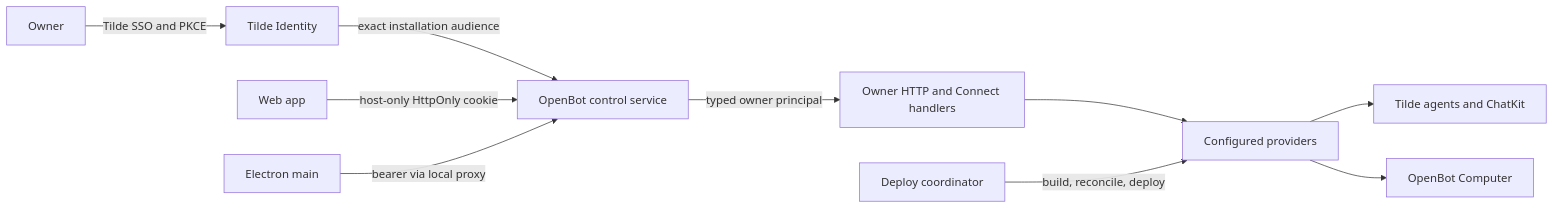
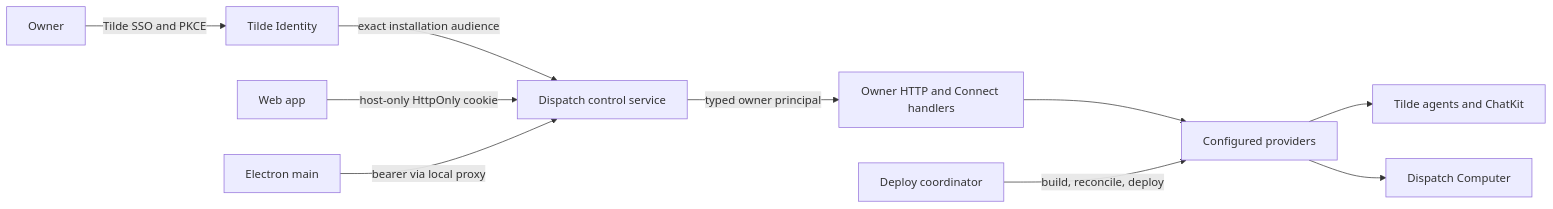
One commit to trytilde/dispatch changed the diagram in docs/updates/42.md. Above: the diagram before and after it, drawn with Mermaid. The commit also changed other lines of this file and 668 other files, not shown here.

````diff
--- a/docs/updates/42.md
+++ b/docs/updates/42.md
@@ -10,12 +10,12 @@
 ```mermaid
 flowchart LR
   O["Owner"] -->|"Tilde SSO and PKCE"| I["Tilde Identity"]
-  I -->|"exact installation audience"| C["OpenBot control service"]
+  I -->|"exact installation audience"| C["Dispatch control service"]
   W["Web app"] -->|"host-only HttpOnly cookie"| C
   E["Electron main"] -->|"bearer via local proxy"| C
   C -->|"typed owner principal"| H["Owner HTTP and Connect handlers"]
   H --> P["Configured providers"]
   P --> A["Tilde agents and ChatKit"]
-  P --> X["OpenBot Computer"]
+  P --> X["Dispatch Computer"]
   D["Deploy coordinator"] -->|"build, reconcile, deploy"| P
 ```
````
